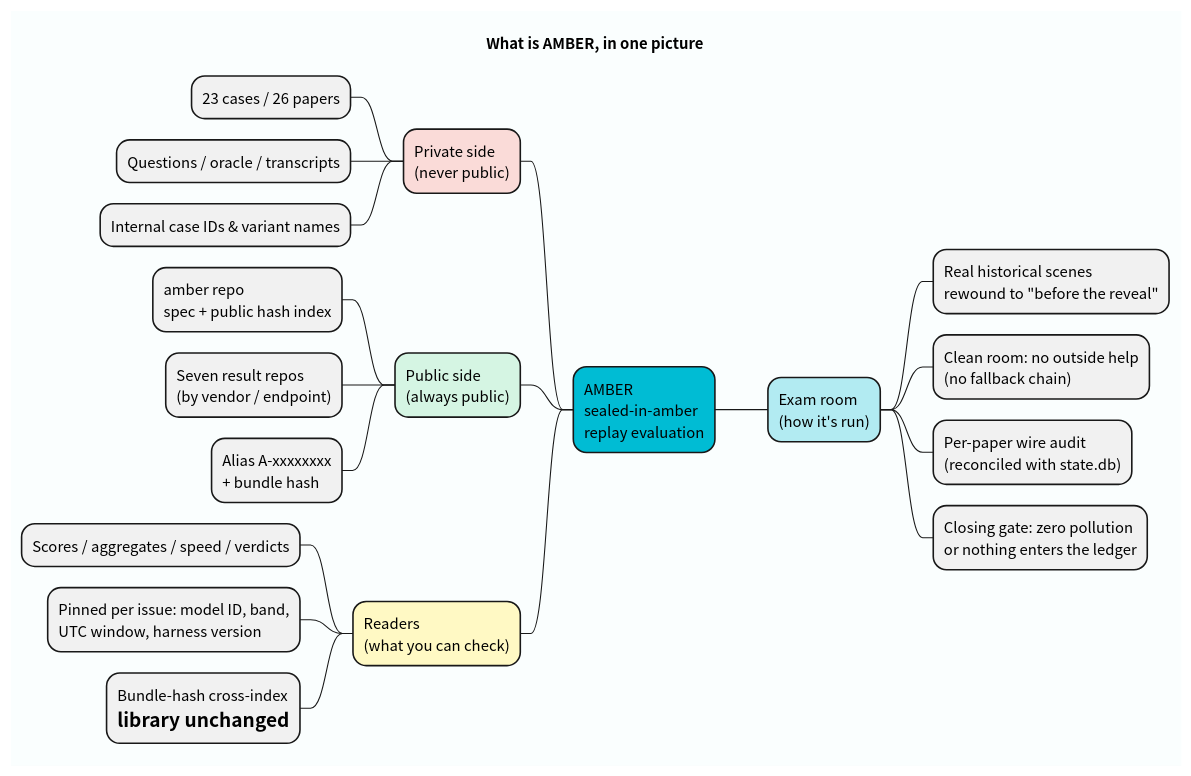
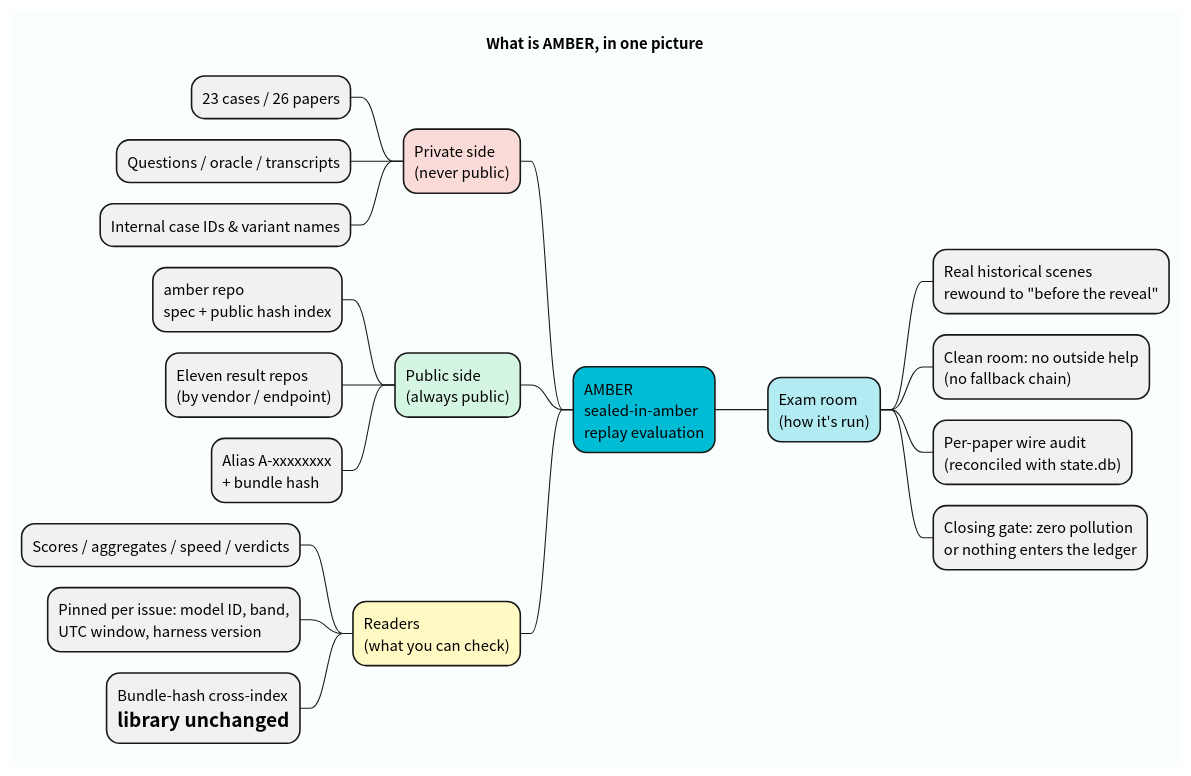
One commit to getaskclaw/amber changed the diagram in docs/images/what-is-amber.en.puml. Above: the diagram before and after it, drawn with PlantUML. The commit also changed 33 other files, not shown here.

Commit message:
repo hygiene: fix stale counts (7→11 result repos in what-is-amber zh/en, ×9→×11 headers), retitle board chart (当前总榜·五个名次档), de-collide effort-curve labels (per-series text layers), drop 20 superseded image files (top3-w37/w38, matrix-4/5/6way)

```diff
--- a/docs/images/what-is-amber.en.puml
+++ b/docs/images/what-is-amber.en.puml
@@ -1,25 +1,25 @@
 @startmindmap
 skinparam backgroundColor #FAFEFE
 skinparam defaultFontName "Noto Sans CJK SC"
 skinparam shadowing false
 title What is AMBER, in one picture
 *[#00BCD4] AMBER\nsealed-in-amber\nreplay evaluation
 **[#B2EBF2] Exam room\n(how it's run)
 *** Real historical scenes\nrewound to "before the reveal"
 *** Clean room: no outside help\n(no fallback chain)
 *** Per-paper wire audit\n(reconciled with state.db)
 *** Closing gate: zero pollution\nor nothing enters the ledger
 left side
 **[#FADBD8] Private side\n(never public)
 *** 23 cases / 26 papers
 *** Questions / oracle / transcripts
 *** Internal case IDs & variant names
 **[#D5F5E3] Public side\n(always public)
 *** amber repo\nspec + public hash index
-*** Seven result repos\n(by vendor / endpoint)
+*** Eleven result repos\n(by vendor / endpoint)
 *** Alias A-xxxxxxxx\n+ bundle hash
 **[#FFF9C4] Readers\n(what you can check)
 *** Scores / aggregates / speed / verdicts
 *** Pinned per issue: model ID, band,\nUTC window, harness version
 *** Bundle-hash cross-index\n= library unchanged
 @endmindmap
```
